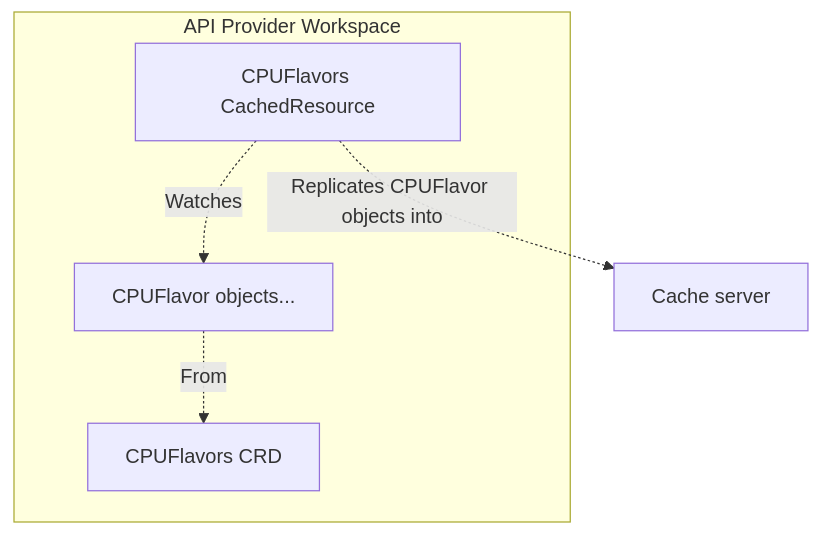
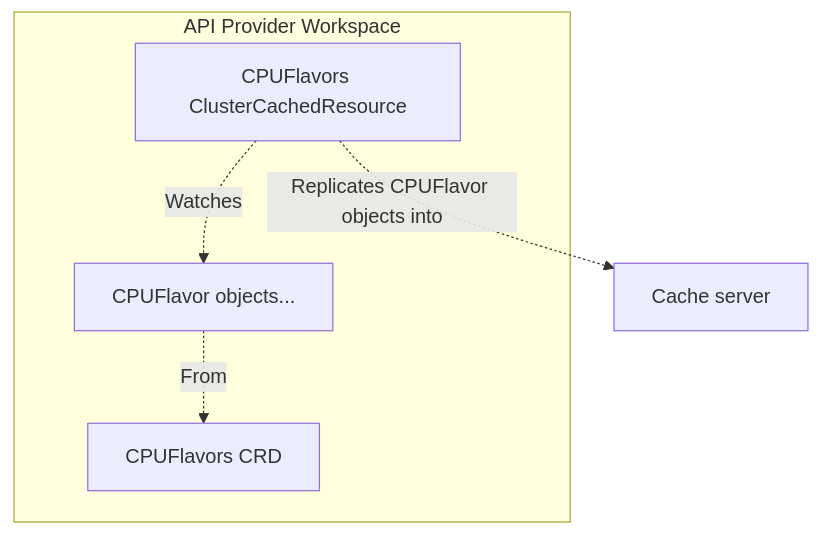
The first of 3 diagrams in docs/content/concepts/apis/cached-resources.md (kcp-dev/kcp), drawn with Mermaid before and after one commit. The commit also changed other lines of this file and 3 other files, not shown here.

Commit message:
/docs: rename CachedResource to ClusterCachedResource

````diff
--- a/docs/content/concepts/apis/cached-resources.md
+++ b/docs/content/concepts/apis/cached-resources.md
@@ -58,16 +61,16 @@
 ```mermaid
 flowchart TD
     cacheServer["Cache server"]
 
     subgraph provider["API Provider Workspace"]
         cpuflavorsCRD["CPUFlavors CRD"]
         cpuflavorCRs["CPUFlavor objects..."]
 
-        cpuflavorsCachedResource["CPUFlavors CachedResource"]
+        cpuflavorsClusterCachedResource["CPUFlavors ClusterCachedResource"]
 
         cpuflavorCRs -."From".-> cpuflavorsCRD
-        cpuflavorsCachedResource -.Watches.-> cpuflavorCRs
+        cpuflavorsClusterCachedResource -.Watches.-> cpuflavorCRs
     end
 
-    cpuflavorsCachedResource -."Replicates CPUFlavor objects into".-> cacheServer
+    cpuflavorsClusterCachedResource -."Replicates CPUFlavor objects into".-> cacheServer
 ```
````
